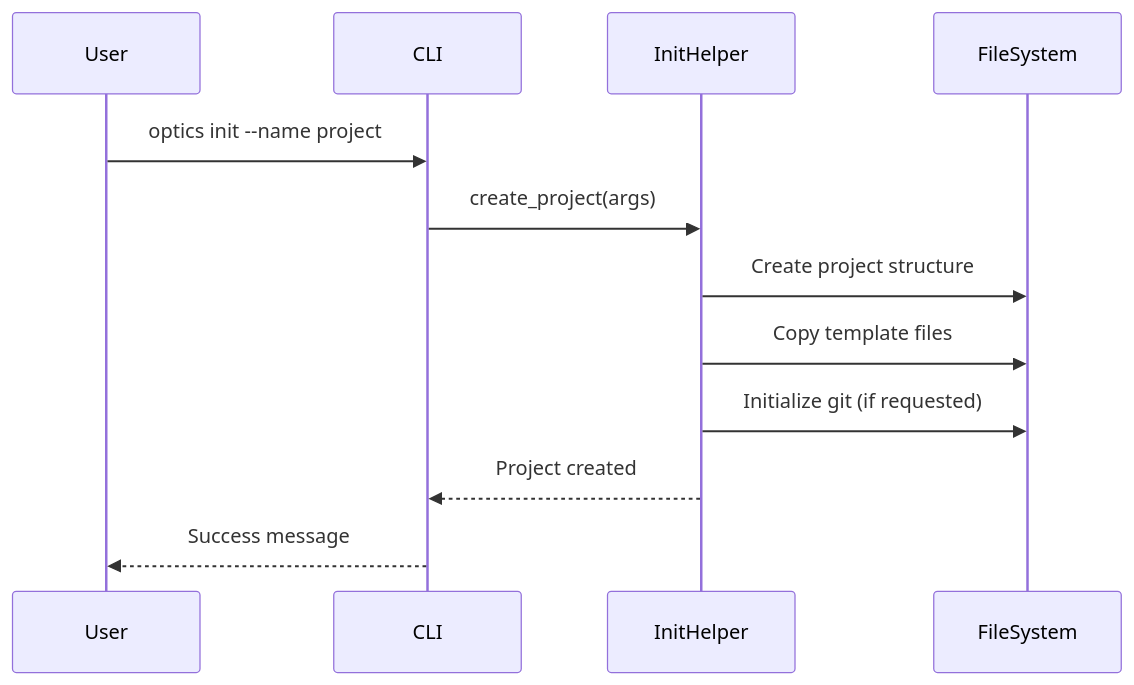
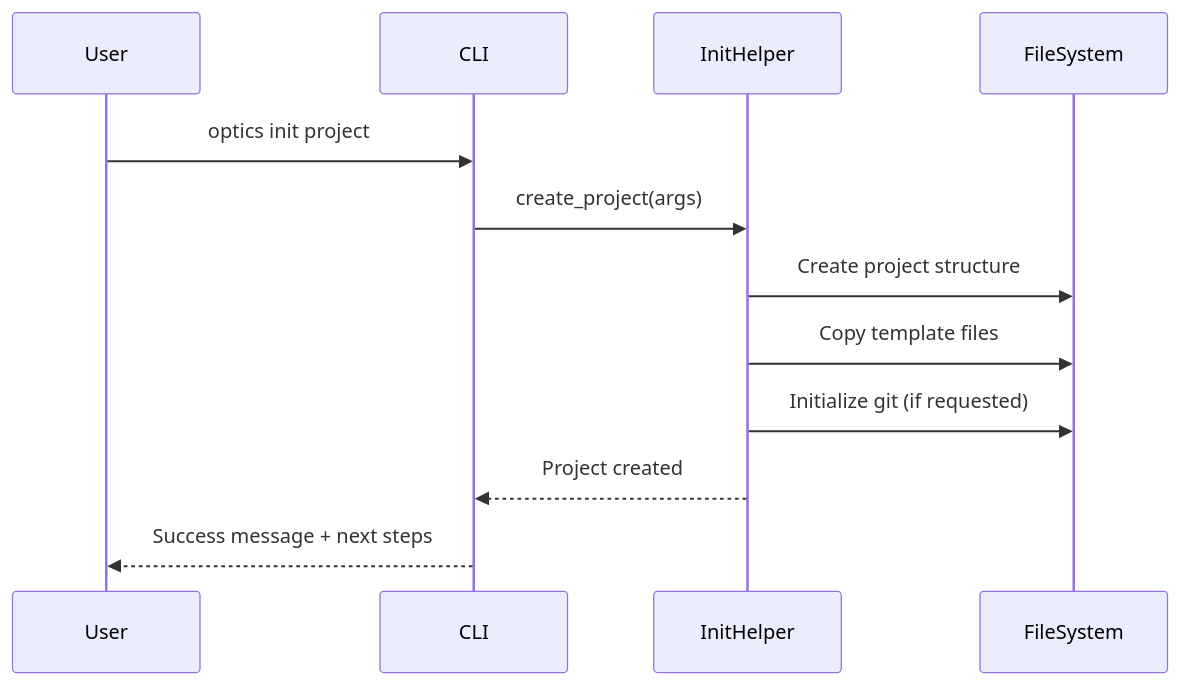
Before and after one commit to mozarkai/optics-framework: the second of 4 diagrams in docs/architecture/cli_layer.md, drawn with Mermaid. The commit also changed other lines of this file and 19 other files, not shown here.

````diff
--- a/docs/architecture/cli_layer.md
+++ b/docs/architecture/cli_layer.md
@@ -71,15 +71,15 @@
 ```mermaid
 sequenceDiagram
     participant User
     participant CLI
     participant InitHelper
     participant FileSystem
 
-    User->>CLI: optics init --name project
+    User->>CLI: optics init project
     CLI->>InitHelper: create_project(args)
     InitHelper->>FileSystem: Create project structure
     InitHelper->>FileSystem: Copy template files
     InitHelper->>FileSystem: Initialize git (if requested)
     InitHelper-->>CLI: Project created
-    CLI-->>User: Success message
+    CLI-->>User: Success message + next steps
 ```
````
